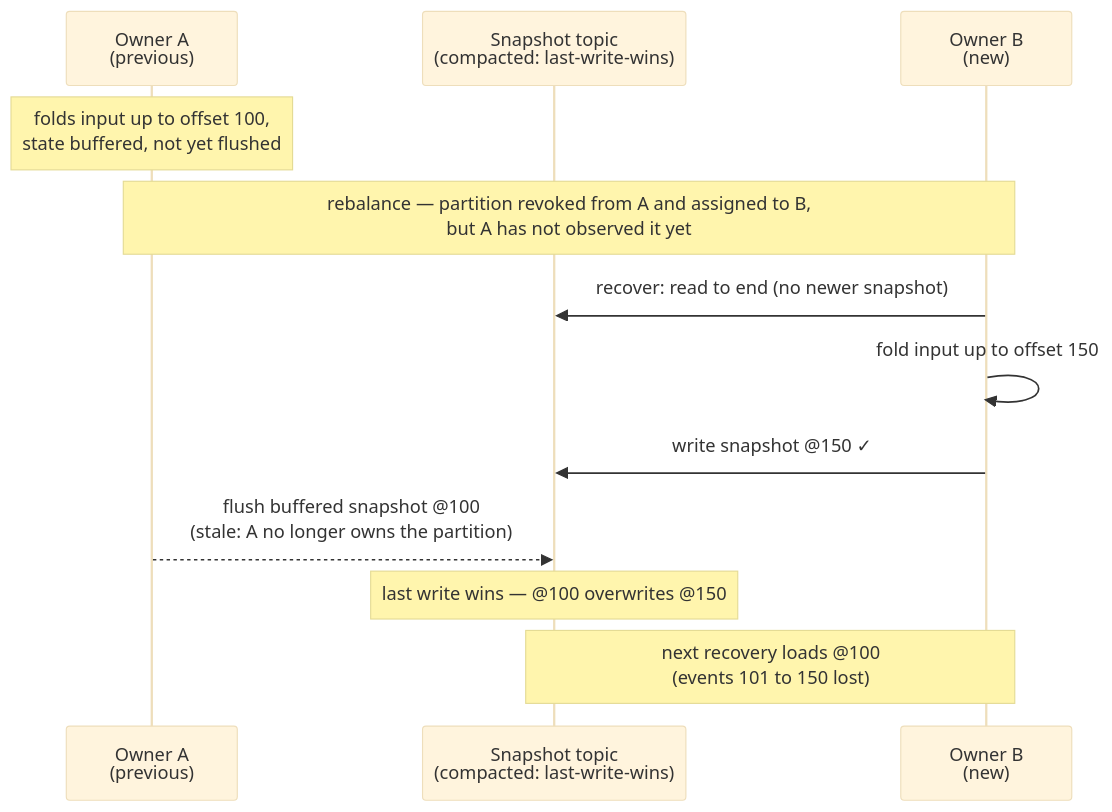
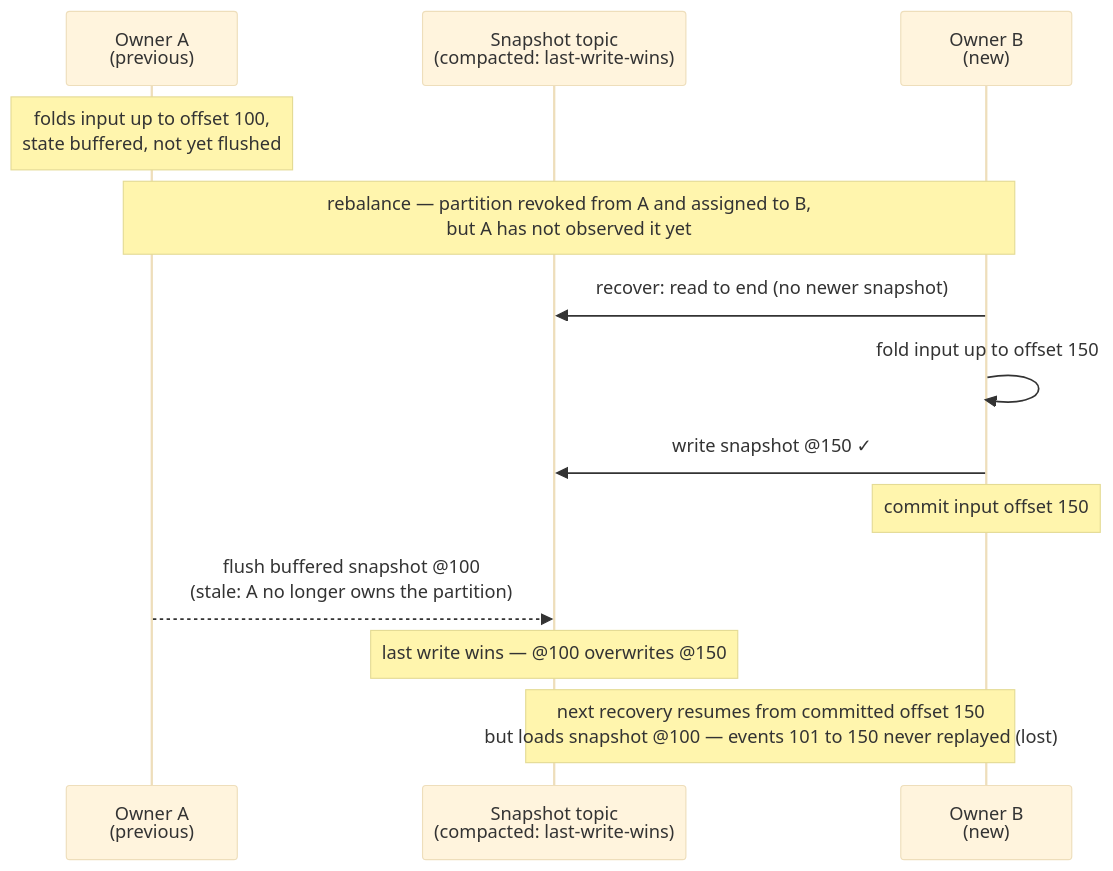
The first of 2 diagrams in docs/kafka-single-writer-design.md (evolution-gaming/kafka-flow), drawn with Mermaid (base theme) before and after one commit. The commit also changed other lines of this file and 6 other files, not shown here.

````diff
--- a/docs/kafka-single-writer-design.md
+++ b/docs/kafka-single-writer-design.md
@@ -22,15 +22,16 @@
 ```mermaid
 sequenceDiagram
     participant A as Owner A<br/>(previous)
     participant ST as Snapshot topic<br/>(compacted: last-write-wins)
     participant B as Owner B<br/>(new)
 
     Note over A: folds input up to offset 100,<br/>state buffered, not yet flushed
     Note over A,B: rebalance — partition revoked from A and assigned to B,<br/>but A has not observed it yet
     B->>ST: recover: read to end (no newer snapshot)
     B->>B: fold input up to offset 150
     B->>ST: write snapshot @150 ✓
+    Note over B: commit input offset 150
     A-->>ST: flush buffered snapshot @100<br/>(stale: A no longer owns the partition)
     Note over ST: last write wins — @100 overwrites @150
-    Note over ST,B: next recovery loads @100<br/>(events 101 to 150 lost)
+    Note over ST,B: next recovery resumes from committed offset 150<br/>but loads snapshot @100 — events 101 to 150 never replayed (lost)
 ```
````
